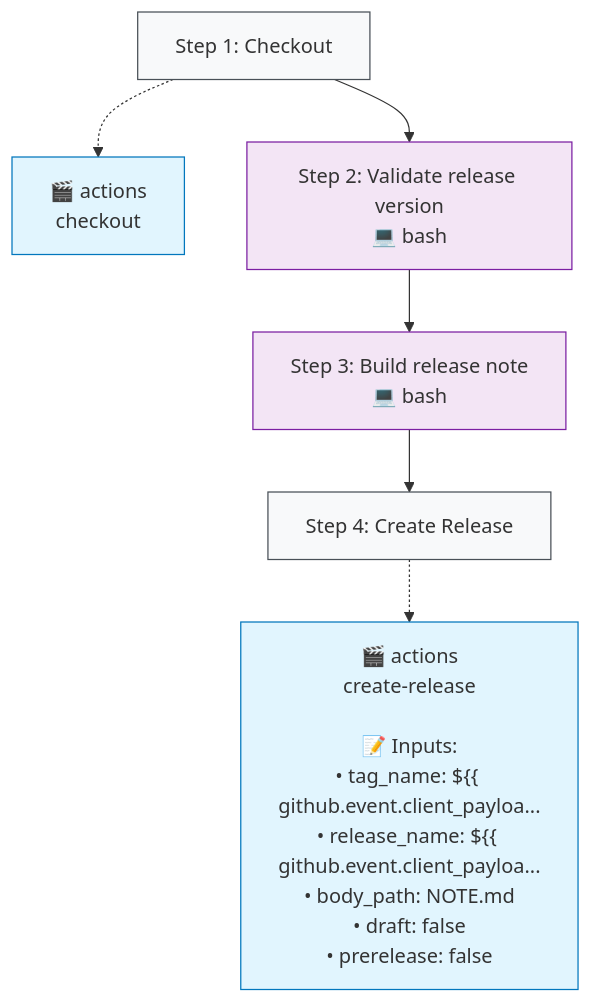
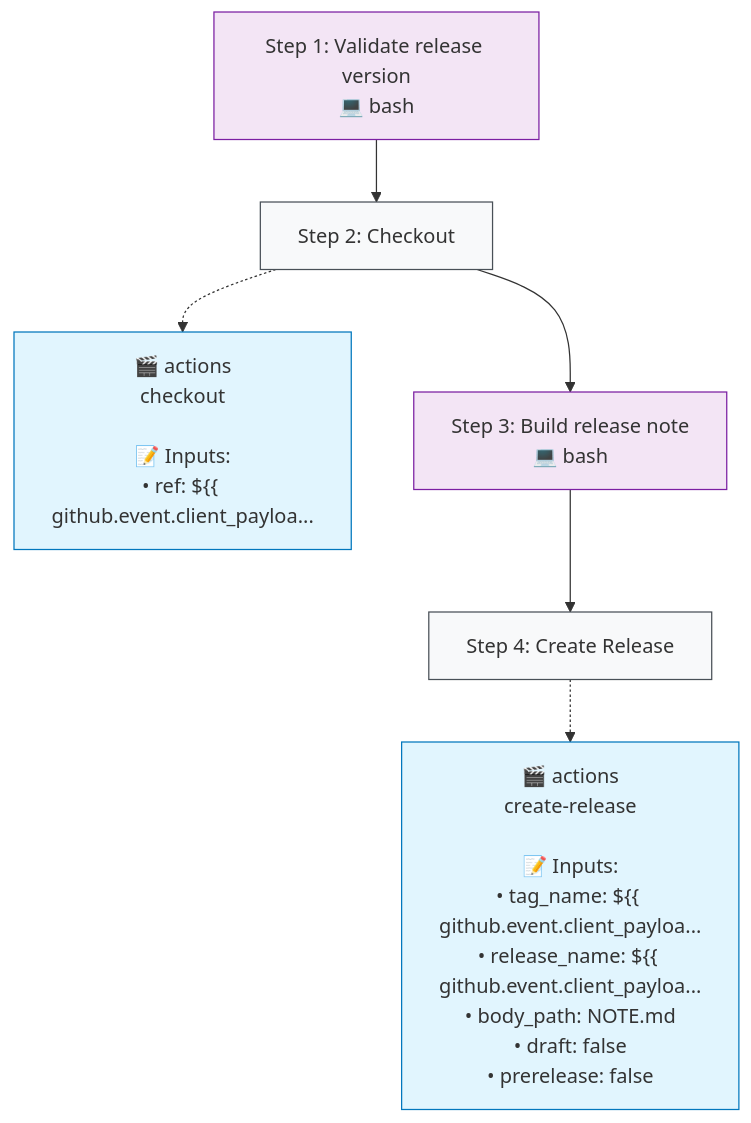
One commit to http4k/http4k changed the second of 2 diagrams in .github/typeflows/new-release-github/README.md. Above: the diagram before and after it, drawn with Mermaid. The commit also changed 14 other files, not shown here.

````diff
--- a/.github/typeflows/new-release-github/README.md
+++ b/.github/typeflows/new-release-github/README.md
@@ -22,21 +22,21 @@
 ```mermaid
 %%{init: {"flowchart": {"curve": "basis"}}}%%
 flowchart TD
-    step1["Step 1: Checkout"]
-    style step1 fill:#f8f9fa,stroke:#495057
-    action1["🎬 actions<br/>checkout"]
-    style action1 fill:#e1f5fe,stroke:#0277bd
-    step1 -.-> action1
-    step2["Step 2: Validate release version<br/>💻 bash"]
-    style step2 fill:#f3e5f5,stroke:#7b1fa2
+    step1["Step 1: Validate release version<br/>💻 bash"]
+    style step1 fill:#f3e5f5,stroke:#7b1fa2
+    step2["Step 2: Checkout"]
+    style step2 fill:#f8f9fa,stroke:#495057
+    action2["🎬 actions<br/>checkout<br/><br/>📝 Inputs:<br/>• ref: ${{ github.event.client_payloa..."]
+    style action2 fill:#e1f5fe,stroke:#0277bd
+    step2 -.-> action2
     step1 --> step2
     step3["Step 3: Build release note<br/>💻 bash"]
     style step3 fill:#f3e5f5,stroke:#7b1fa2
     step2 --> step3
     step4["Step 4: Create Release"]
     style step4 fill:#f8f9fa,stroke:#495057
     action4["🎬 actions<br/>create-release<br/><br/>📝 Inputs:<br/>• tag_name: ${{ github.event.client_payloa...<br/>• release_name: ${{ github.event.client_payloa...<br/>• body_path: NOTE.md<br/>• draft: false<br/>• prerelease: false"]
     style action4 fill:#e1f5fe,stroke:#0277bd
     step4 -.-> action4
     step3 --> step4
 ```
````
